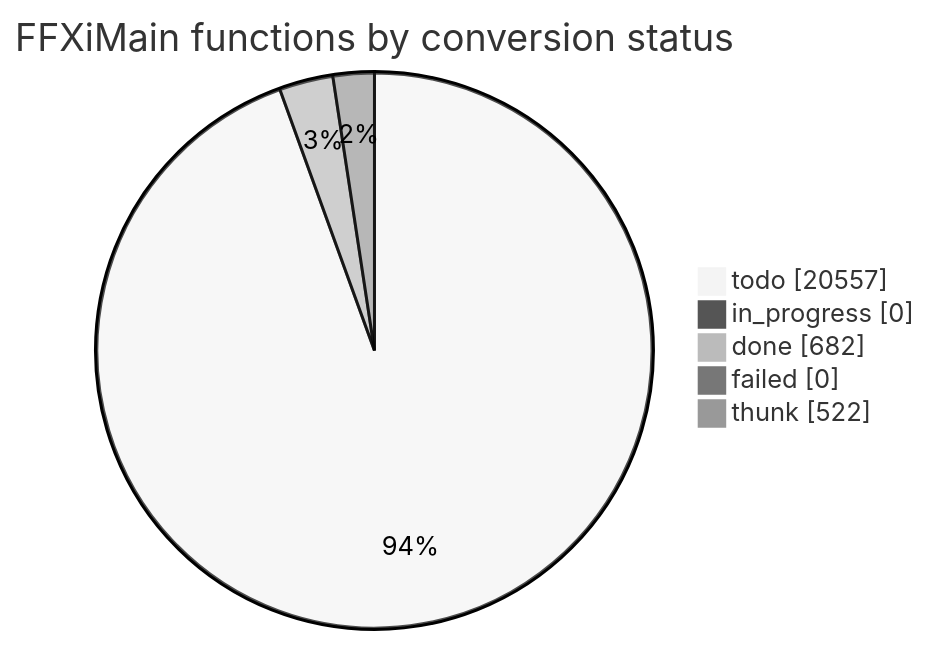
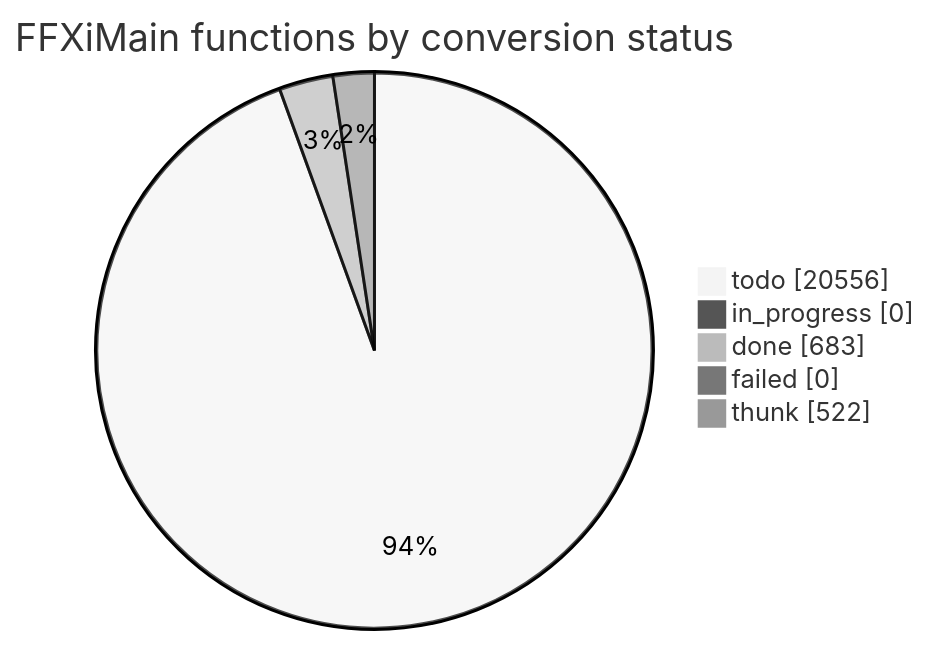
Before and after one commit to cowrevenge/cow_kuluu_xi_anything: the diagram in docs/cow/STATUS.md, drawn with Mermaid (neutral theme). The commit also changed other lines of this file and 9 other files, not shown here.

````diff
--- a/docs/cow/STATUS.md
+++ b/docs/cow/STATUS.md
@@ -18,9 +18,9 @@
 ```mermaid
 pie showData
     title FFXiMain functions by conversion status
-    "todo" : 20557
+    "todo" : 20556
     "in_progress" : 0
-    "done" : 682
+    "done" : 683
     "failed" : 0
     "thunk" : 522
 ```
````
